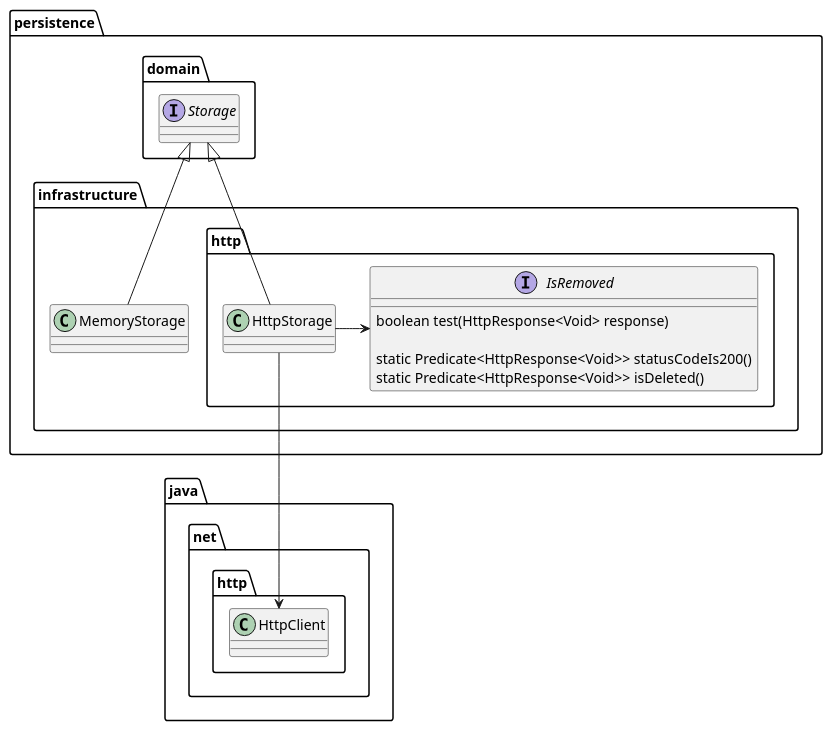
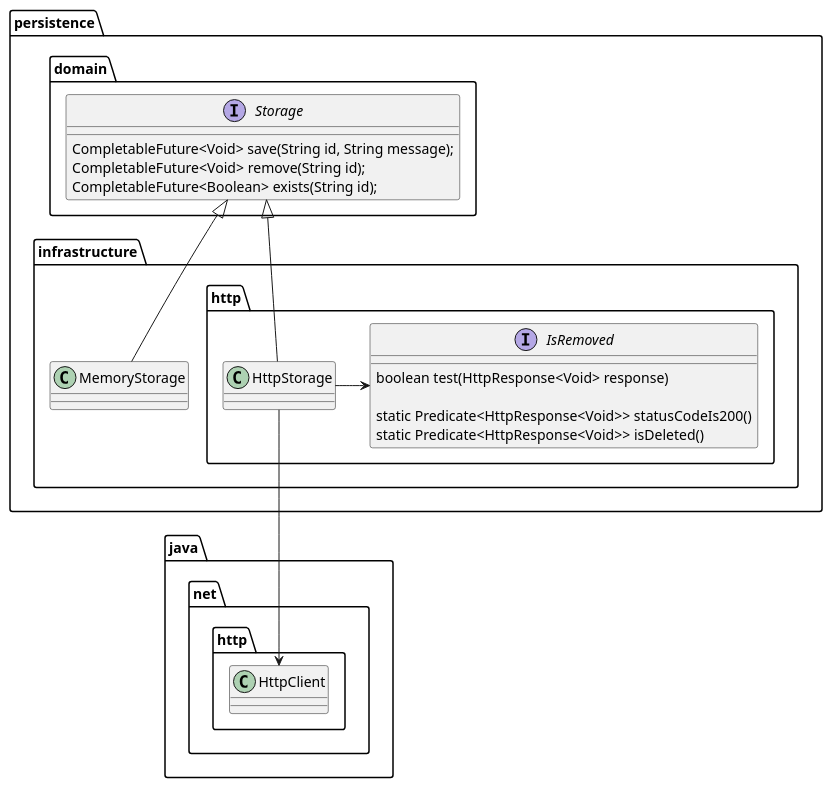
One commit to lette1394/java-oop-practices changed the fifth of 7 diagrams in spock-example/src/main/java/test.puml. Above: the diagram before and after it, drawn with PlantUML. The commit also changed other lines of this file and 9 other files, not shown here.

```diff
--- a/spock-example/src/main/java/test.puml
+++ b/spock-example/src/main/java/test.puml
@@ -77,26 +132,30 @@
 @startuml
 package persistence {
   package domain as persistence.domain {
-    interface Storage
+    interface Storage {
+      CompletableFuture<Void> save(String id, String message);
+      CompletableFuture<Void> remove(String id);
+      CompletableFuture<Boolean> exists(String id);
+    }
   }
   package infrastructure as persistence.infra {
     class MemoryStorage
 
     package http as persistence.infra.http {
       class HttpStorage
 
       interface IsRemoved {
         boolean test(HttpResponse<Void> response)
 
         static Predicate<HttpResponse<Void>> statusCodeIs200()
         static Predicate<HttpResponse<Void>> isDeleted()
       }
     }
   }
 }
 
 MemoryStorage -up-|> Storage
 HttpStorage -up-|> Storage
 HttpStorage --> java.net.http.HttpClient
 HttpStorage -right-> IsRemoved
 @enduml
```
